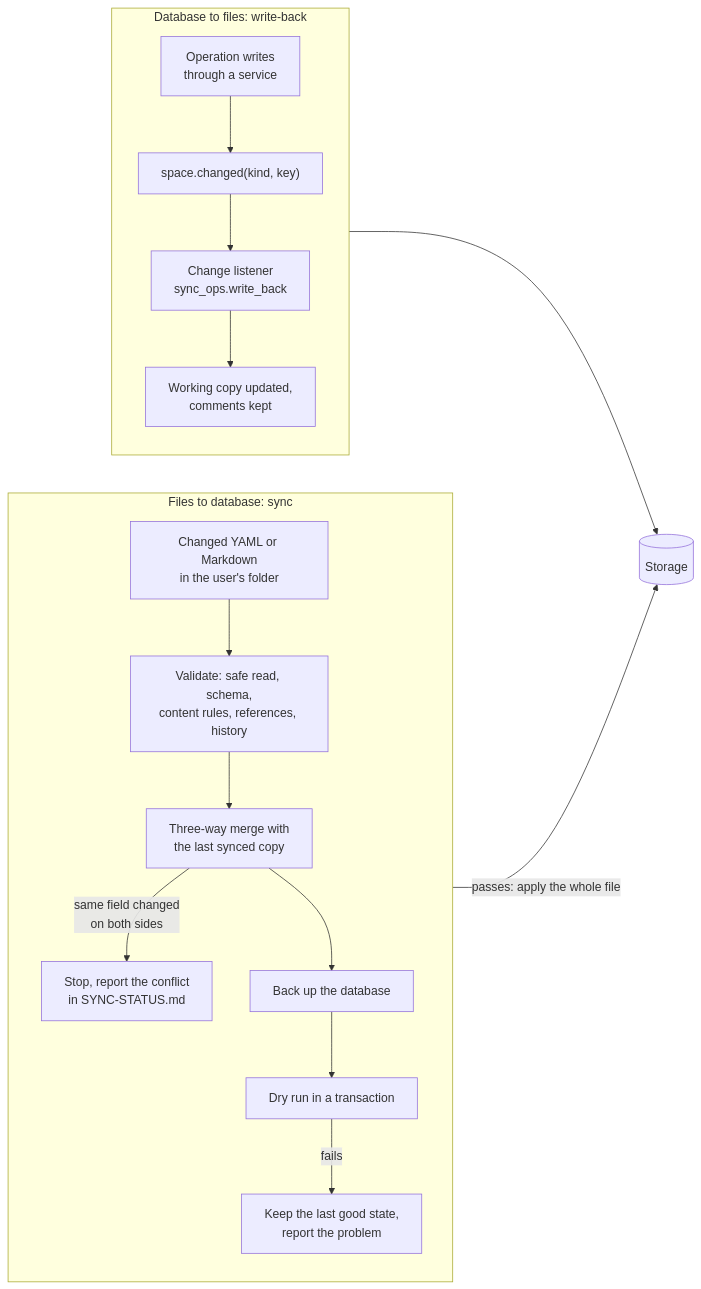
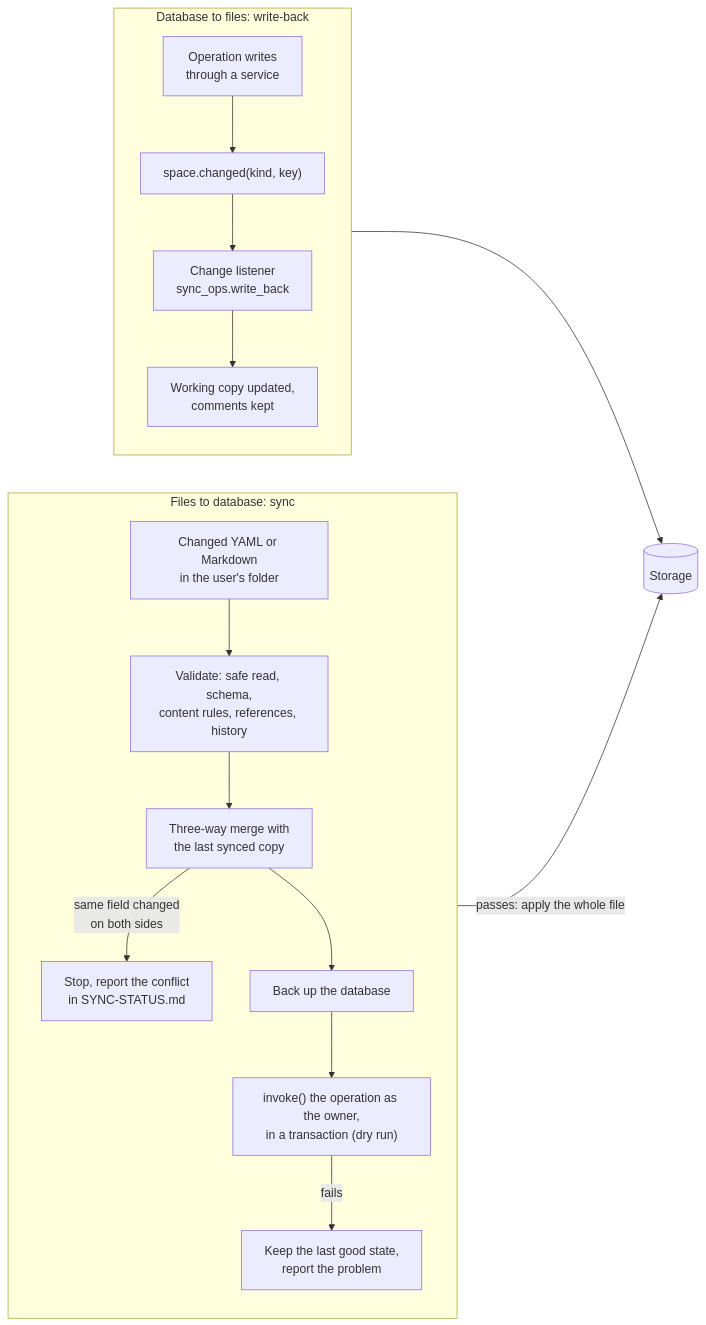
Before and after one commit to t3knoid/resume-builder: the third of 4 diagrams in docs/ARCHITECTURE.md, drawn with Mermaid. The commit also changed other lines of this file and 11 other files, not shown here.

Commit message:
YAML sync now applies each changed file through invoke(), as the owner on the yaml-sync channel. File edits get the same permission check, validation and audit entry as the CLI and API.

````diff
--- a/docs/ARCHITECTURE.md
+++ b/docs/ARCHITECTURE.md
@@ -199,21 +213,21 @@
 ```mermaid
 flowchart LR
     subgraph IN["Files to database: sync"]
         direction TB
         F["Changed YAML or Markdown<br/>in the user's folder"] --> V["Validate: safe read, schema,<br/>content rules, references, history"]
         V --> M["Three-way merge with<br/>the last synced copy"]
         M -->|"same field changed<br/>on both sides"| CF["Stop, report the conflict<br/>in SYNC-STATUS.md"]
         M --> BK["Back up the database"]
-        BK --> D["Dry run in a transaction"]
+        BK --> D["invoke() the operation as the owner,<br/>in a transaction (dry run)"]
         D -->|"fails"| KG["Keep the last good state,<br/>report the problem"]
     end
     ST[("Storage")]
     subgraph OUT["Database to files: write-back"]
         direction TB
         OP["Operation writes<br/>through a service"] --> CH["space.changed(kind, key)"]
         CH --> WB["Change listener<br/>sync_ops.write_back"]
         WB --> WC["Working copy updated,<br/>comments kept"]
     end
     D -->|"passes: apply the whole file"| ST
     OP --> ST
 ```
````
